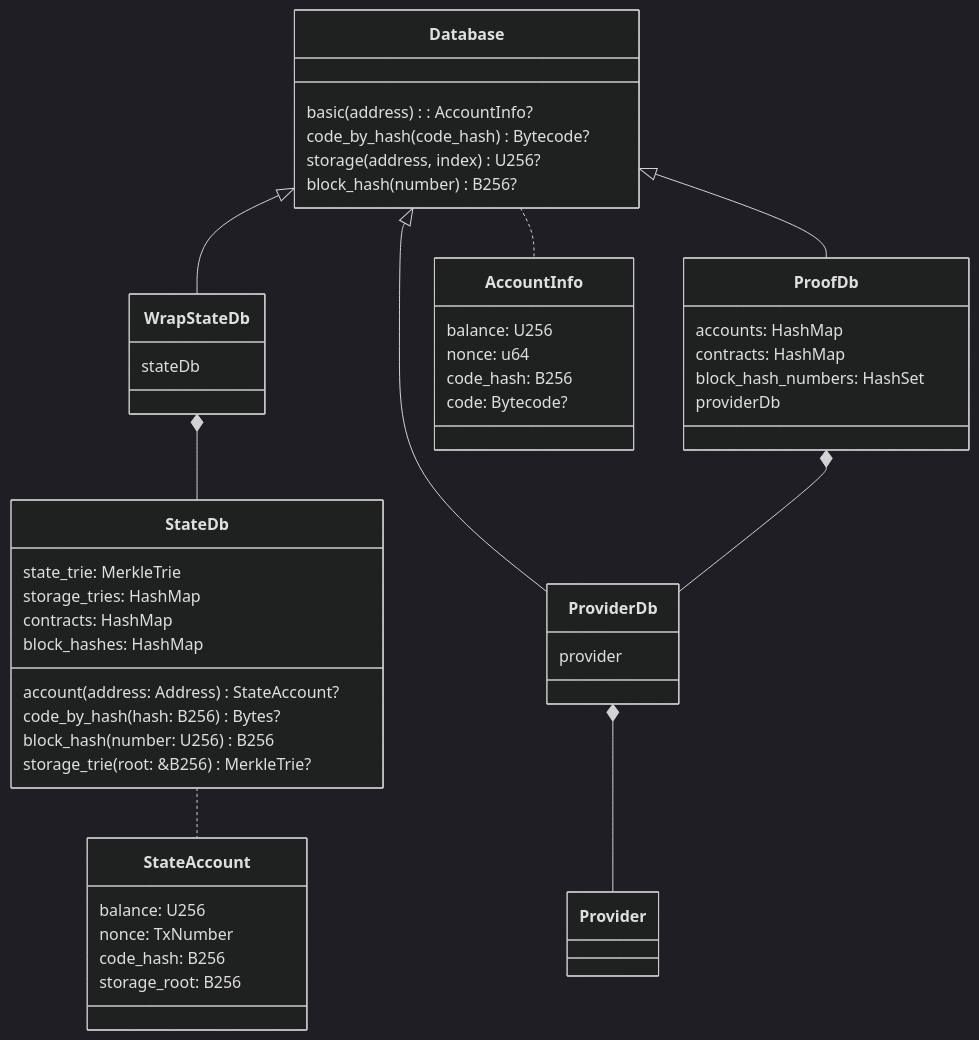
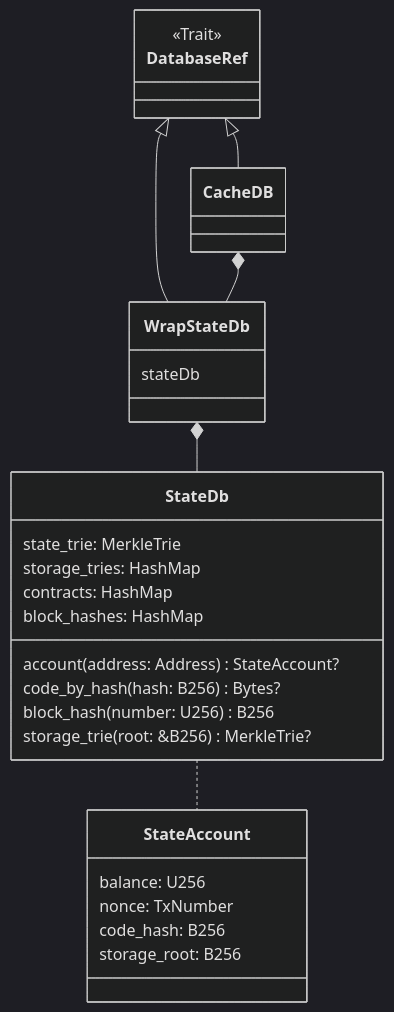
The third of 5 diagrams in book/src/appendix/architecture/prover.md (vlayer-xyz/vlayer), drawn with Mermaid before and after one commit. The commit also changed other lines of this file, not shown here.

````diff
--- a/book/src/appendix/architecture/prover.md
+++ b/book/src/appendix/architecture/prover.md
@@ -53,60 +113,35 @@
 ```mermaid
 %%{init: {'theme':'dark'}}%%
 classDiagram
 
-class Database {
-    basic(address): AccountInfo?
-    code_by_hash(code_hash) Bytecode?
-    storage(address, index) U256?
-    block_hash(number) B256?
+class StateAccount {
+    balance: U256
+    nonce: TxNumber
+    code_hash: B256
+    storage_root: B256
 }
+
+class DatabaseRef
+<<Trait>> DatabaseRef
 
 class StateDb {
     state_trie: MerkleTrie
     storage_tries: HashMap
     contracts: HashMap
     block_hashes: HashMap
     account(address: Address) StateAccount?
     code_by_hash(hash: B256) Bytes?
     block_hash(number: U256) B256
     storage_trie(root: &B256) MerkleTrie?
 }
 
-class ProviderDb {
-    provider
-}
-
 class WrapStateDb {
     stateDb
 }
 
-class ProofDb {
-    accounts: HashMap
-    contracts: HashMap
-    block_hash_numbers: HashSet
-    providerDb
-}
-
-Database <|-- WrapStateDb
-Database <|-- ProviderDb
-Database <|-- ProofDb
+DatabaseRef <|-- WrapStateDb
+DatabaseRef <|-- CacheDB
+CacheDB *-- WrapStateDb
 WrapStateDb *-- StateDb
-ProviderDb *-- Provider
-ProofDb *-- ProviderDb
-Database..AccountInfo
 StateDb..StateAccount
-
-class AccountInfo {
-    balance: U256
-    nonce: u64
-    code_hash: B256
-    code: Bytecode?
-}
-
-class StateAccount {
-    balance: U256
-    nonce: TxNumber
-    code_hash: B256
-    storage_root: B256
-}
 ```
````
